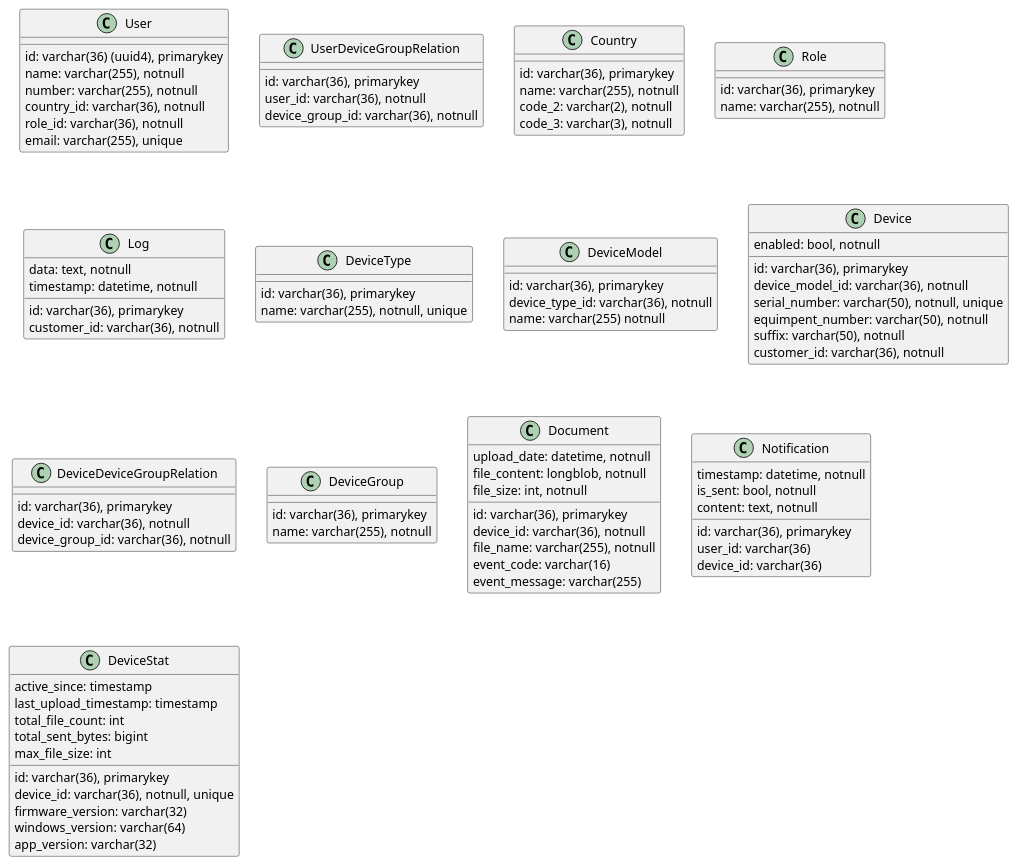
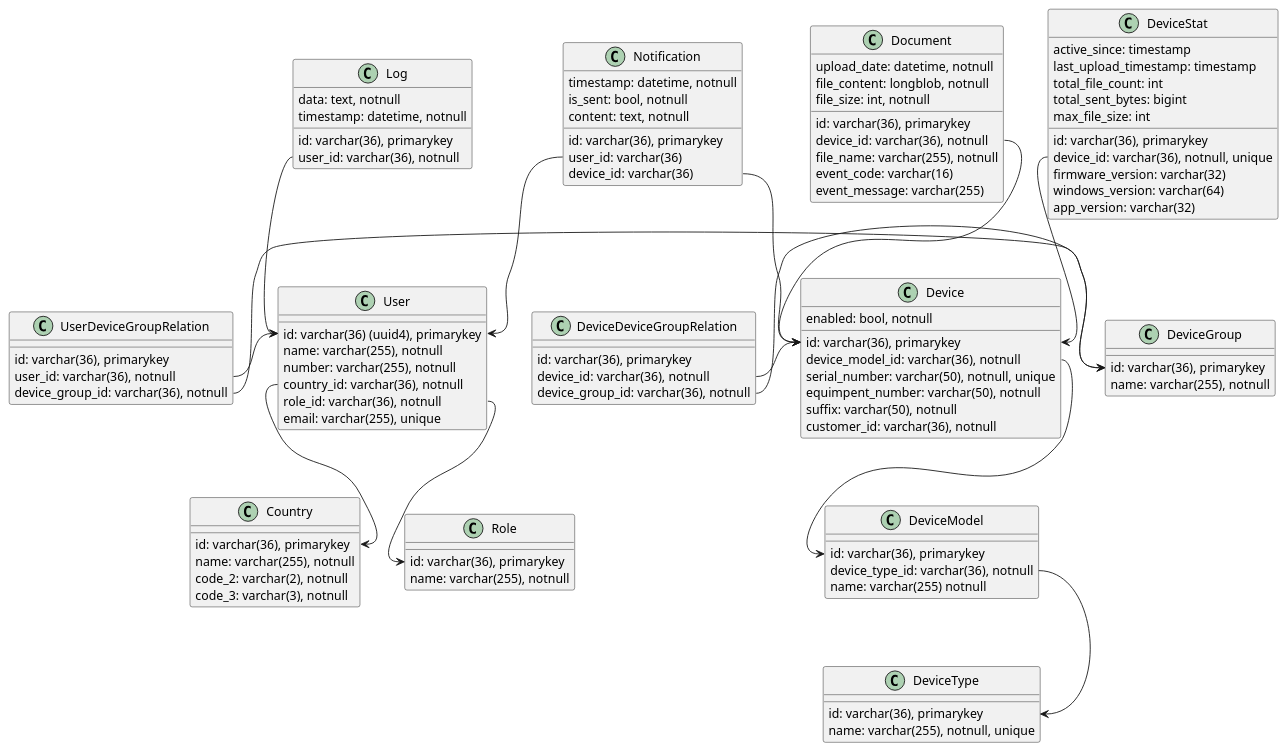
One commit to aCrYoZPS/db changed the diagram in diagram.puml. Above: the diagram before and after it, drawn with PlantUML.

Commit message:
relations added to diagram

```diff
--- a/diagram.puml
+++ b/diagram.puml
@@ -1,100 +1,121 @@
 @startuml
 class User{
     id: varchar(36) (uuid4), primarykey
     name: varchar(255), notnull
     number: varchar(255), notnull
     country_id: varchar(36), notnull
     role_id: varchar(36), notnull
     email: varchar(255), unique
 }
+User::country_id --> Country::id
+User::role_id --> Role::id
 
 class UserDeviceGroupRelation {
     id: varchar(36), primarykey
     user_id: varchar(36), notnull
     device_group_id: varchar(36), notnull
 }
+
+UserDeviceGroupRelation::user_id -> User::id
+UserDeviceGroupRelation::device_group_id -> DeviceGroup::id
 
 class Country{
     id: varchar(36), primarykey
     name: varchar(255), notnull
     code_2: varchar(2), notnull
     code_3: varchar(3), notnull
 }
 
 class Role {
     id: varchar(36), primarykey
     name: varchar(255), notnull
 }
 
 class Log {
     id: varchar(36), primarykey
-    customer_id: varchar(36), notnull
+    user_id: varchar(36), notnull
     data: text, notnull
     timestamp: datetime, notnull
 }
+
+Log::user_id --> User::id
 
 class DeviceType {
     id: varchar(36), primarykey
     name: varchar(255), notnull, unique
 }
 
 class DeviceModel {
     id: varchar(36), primarykey
     device_type_id: varchar(36), notnull
     name: varchar(255) notnull
 }
 
+DeviceModel::device_type_id --> DeviceType::id
+
 class Device {
     id: varchar(36), primarykey
     device_model_id: varchar(36), notnull
     serial_number: varchar(50), notnull, unique
     equimpent_number: varchar(50), notnull
     suffix: varchar(50), notnull
     customer_id: varchar(36), notnull
     enabled: bool, notnull
 }
 
+Device::device_model_id --> DeviceModel::id
+
 class DeviceDeviceGroupRelation {
     id: varchar(36), primarykey
     device_id: varchar(36), notnull
     device_group_id: varchar(36), notnull
 }
+
+DeviceDeviceGroupRelation::device_id -> Device::id
+DeviceDeviceGroupRelation::device_group_id -> DeviceGroup::id
 
 class DeviceGroup {
     id: varchar(36), primarykey
     name: varchar(255), notnull
 }
 
 class Document{
     id: varchar(36), primarykey
     device_id: varchar(36), notnull
     upload_date: datetime, notnull
     file_name: varchar(255), notnull
     file_content: longblob, notnull
     file_size: int, notnull
     event_code: varchar(16)
     event_message: varchar(255)
 }
+Document::device_id --> Device::id
 
 class Notification {
     id: varchar(36), primarykey
     user_id: varchar(36)
     device_id: varchar(36)
     timestamp: datetime, notnull
     is_sent: bool, notnull
     content: text, notnull
 }
+
+Notification::user_id --> User::id
+Notification::device_id --> Device::id
 
 class DeviceStat {
     id: varchar(36), primarykey
     device_id: varchar(36), notnull, unique
     active_since: timestamp
     last_upload_timestamp: timestamp
     total_file_count: int
     total_sent_bytes: bigint
     max_file_size: int
     firmware_version: varchar(32)
     windows_version: varchar(64)
     app_version: varchar(32)
 }
+
+DeviceStat::device_id --> Device::id
+
 @enduml
```
